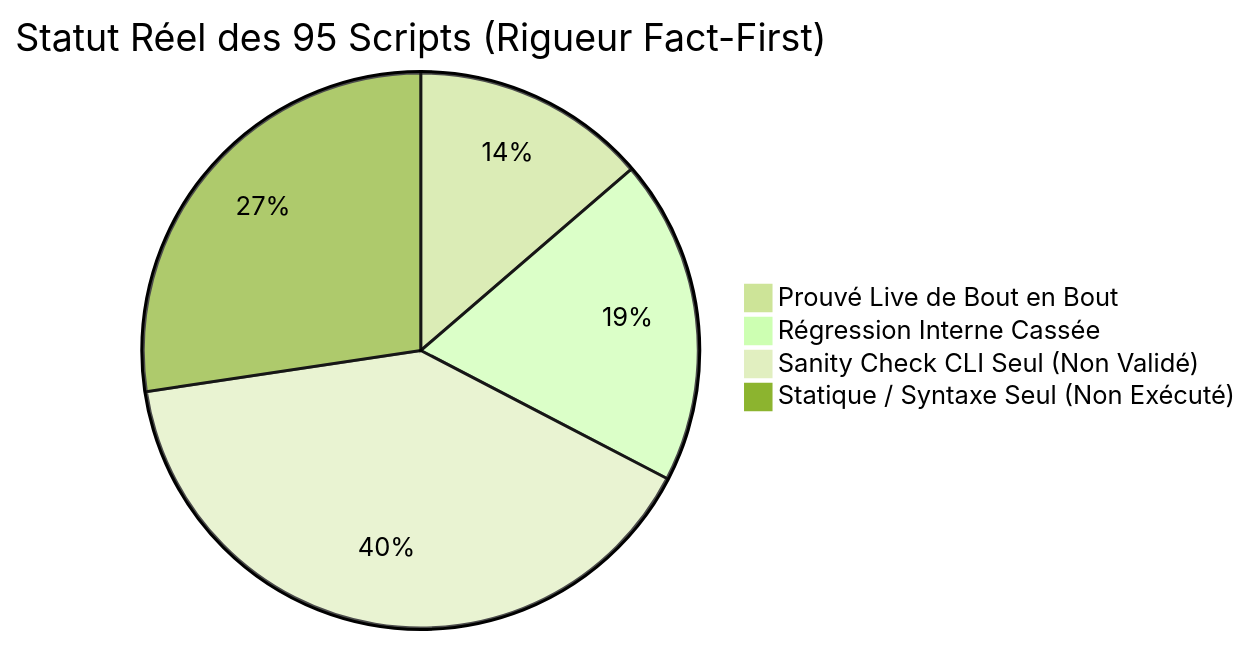
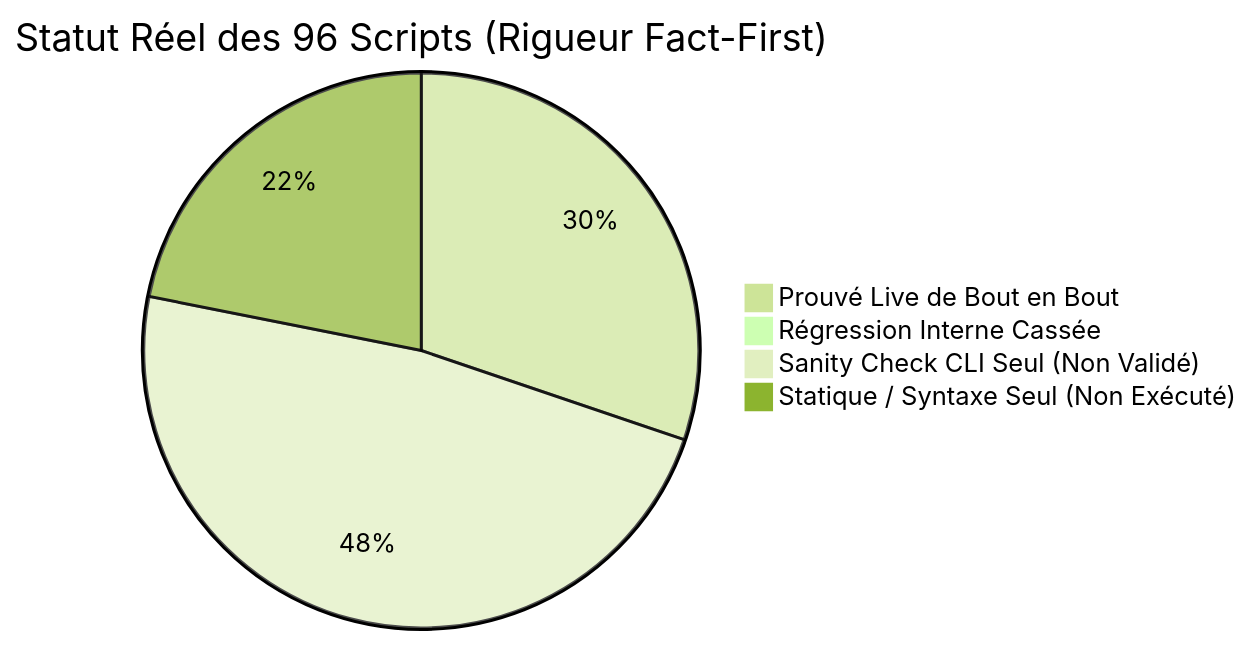
Before and after one commit to yoyonel/pydbsrt: the diagram in docs/reference/2026-11-10-audit-exhaustif-scripts-regressions.md, drawn with Mermaid (forest theme). The commit also changed other lines of this file and 1 other file, not shown here.

First line of the commit message:
docs(audit): update global synthesis, mermaid pie chart and live proven metrics (#69)

````diff
--- a/docs/reference/2026-11-10-audit-exhaustif-scripts-regressions.md
+++ b/docs/reference/2026-11-10-audit-exhaustif-scripts-regressions.md
@@ -16,7 +16,7 @@
 ```mermaid
-pie title Statut Réel des 95 Scripts (Rigueur Fact-First)
-    "Prouvé Live de Bout en Bout" : 13
-    "Régression Interne Cassée" : 18
-    "Sanity Check CLI Seul (Non Validé)" : 38
-    "Statique / Syntaxe Seul (Non Exécuté)" : 26
+pie title Statut Réel des 96 Scripts (Rigueur Fact-First)
+    "Prouvé Live de Bout en Bout" : 29
+    "Régression Interne Cassée" : 0
+    "Sanity Check CLI Seul (Non Validé)" : 46
+    "Statique / Syntaxe Seul (Non Exécuté)" : 21
 ```
````
